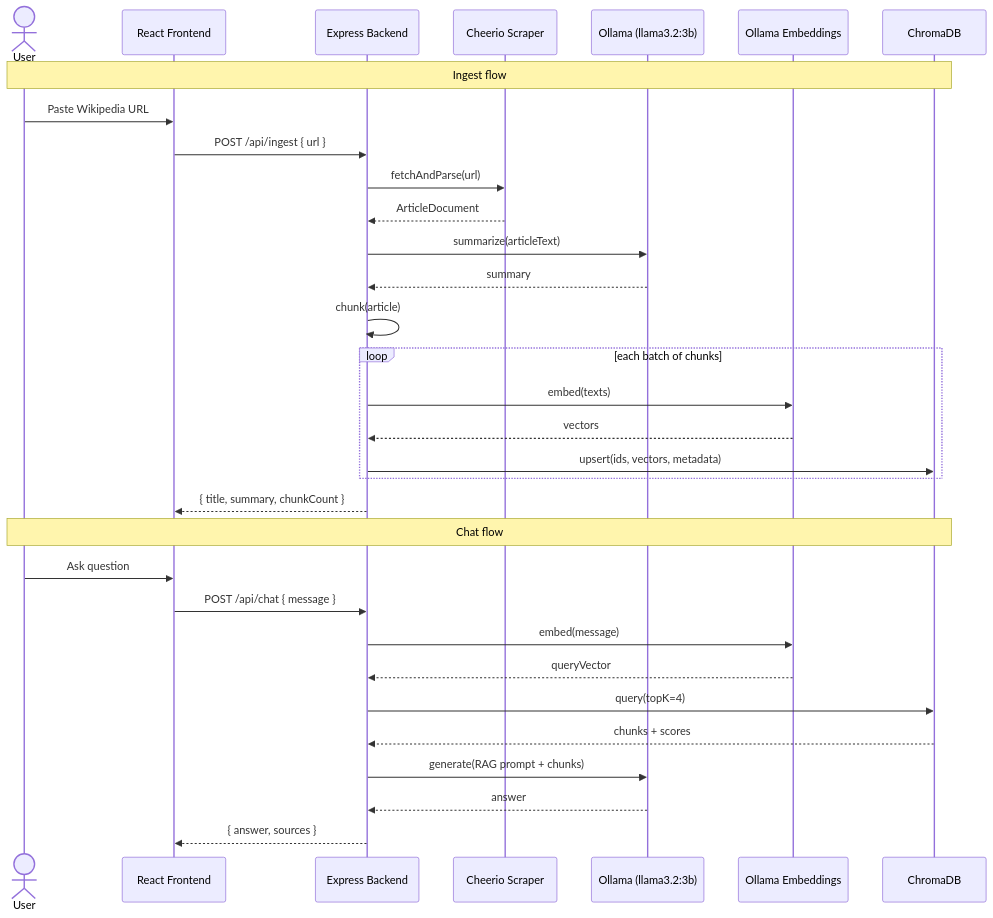
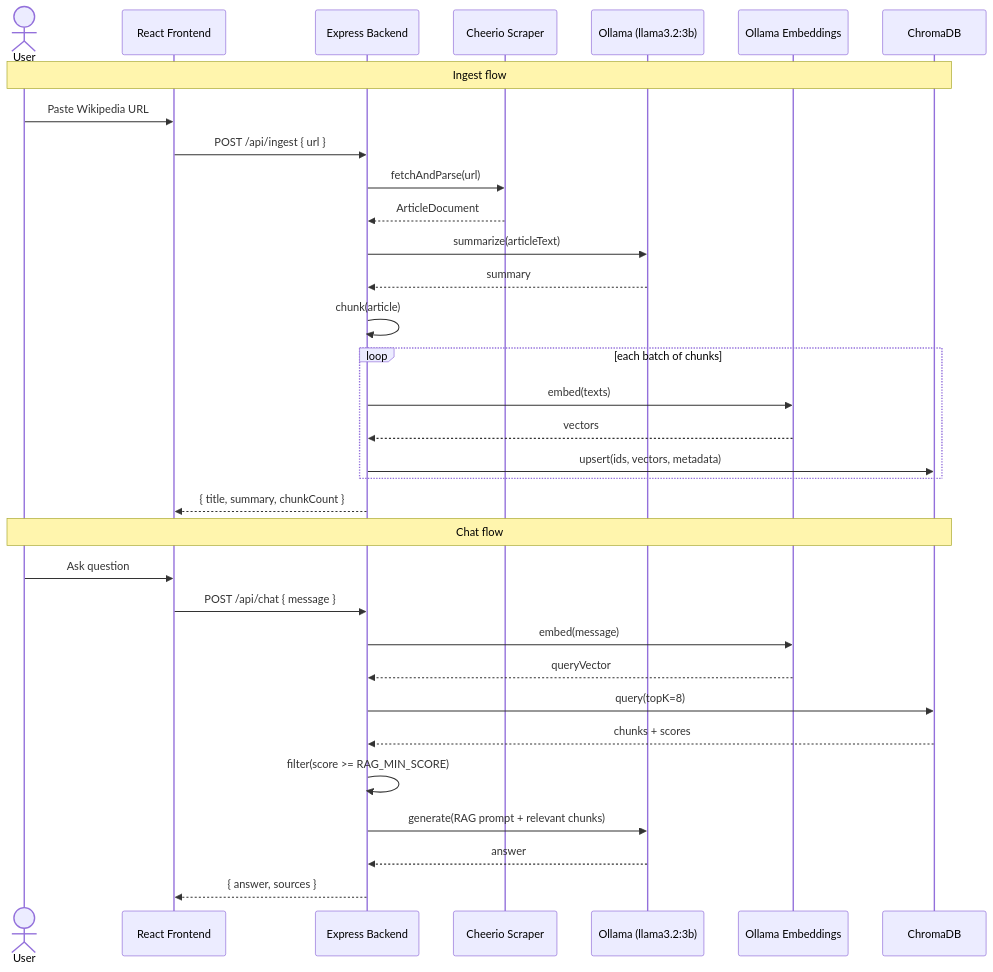
Before and after one commit to HasnainRaza2004/venturedive-rag-assessment: the diagram in DESIGN.md, drawn with Mermaid. The commit also changed other lines of this file and 2 other files, not shown here.

Commit message:
docs: update DESIGN.md and REQUIREMENTS.md for RAG service enhancements.

````diff
--- a/DESIGN.md
+++ b/DESIGN.md
@@ -123,36 +126,37 @@
 ```mermaid
 sequenceDiagram
     actor User
     participant UI as React Frontend
     participant API as Express Backend
     participant Scraper as Cheerio Scraper
     participant LLM as Ollama (llama3.2:3b)
     participant Emb as Ollama Embeddings
     participant Chroma as ChromaDB
 
   Note over User,Chroma: Ingest flow
     User->>UI: Paste Wikipedia URL
     UI->>API: POST /api/ingest { url }
     API->>Scraper: fetchAndParse(url)
     Scraper-->>API: ArticleDocument
     API->>LLM: summarize(articleText)
     LLM-->>API: summary
     API->>API: chunk(article)
     loop each batch of chunks
         API->>Emb: embed(texts)
         Emb-->>API: vectors
         API->>Chroma: upsert(ids, vectors, metadata)
     end
     API-->>UI: { title, summary, chunkCount }
 
   Note over User,Chroma: Chat flow
     User->>UI: Ask question
     UI->>API: POST /api/chat { message }
     API->>Emb: embed(message)
     Emb-->>API: queryVector
-    API->>Chroma: query(topK=4)
+    API->>Chroma: query(topK=8)
     Chroma-->>API: chunks + scores
-    API->>LLM: generate(RAG prompt + chunks)
+    API->>API: filter(score >= RAG_MIN_SCORE)
+    API->>LLM: generate(RAG prompt + relevant chunks)
     LLM-->>API: answer
     API-->>UI: { answer, sources }
 ```
````
